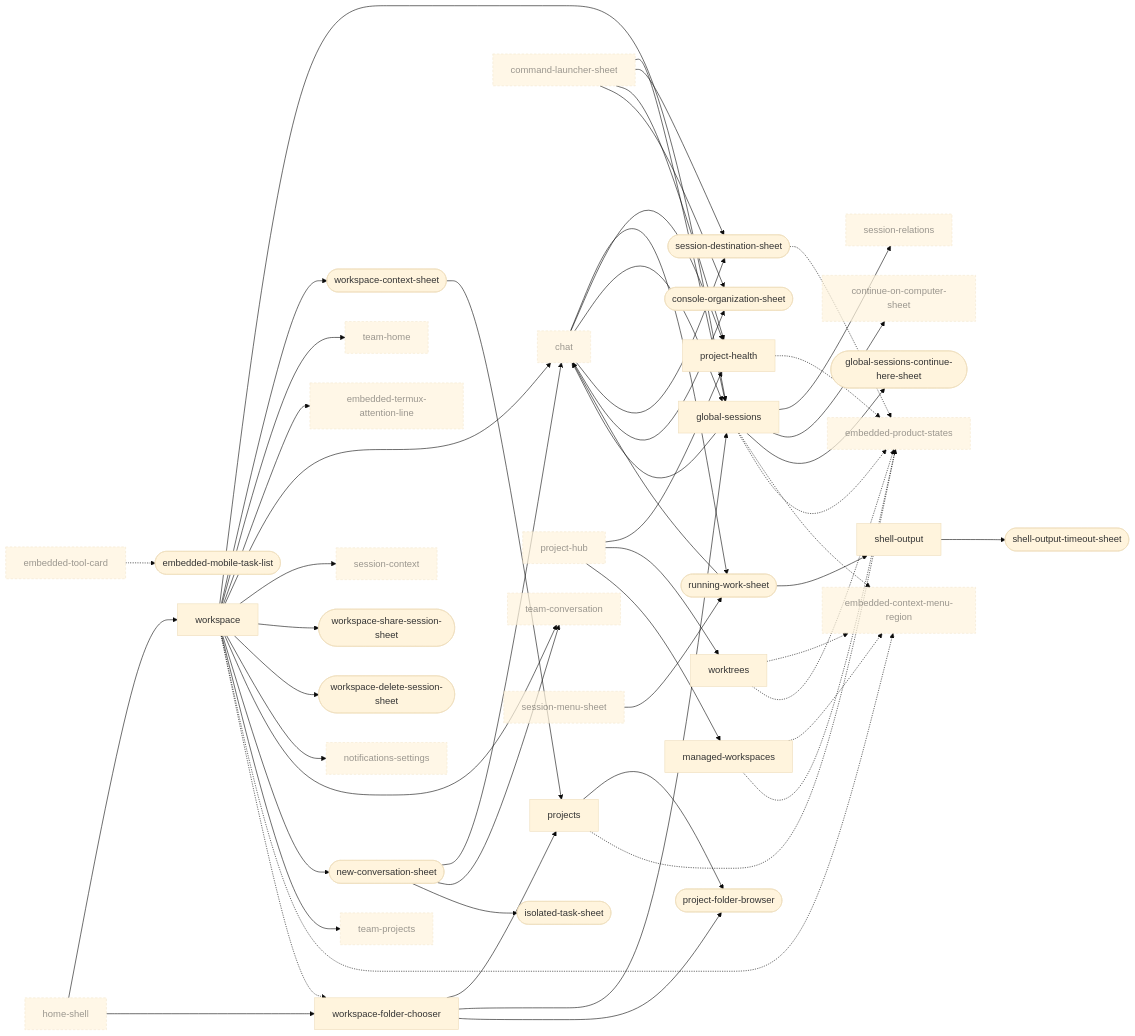
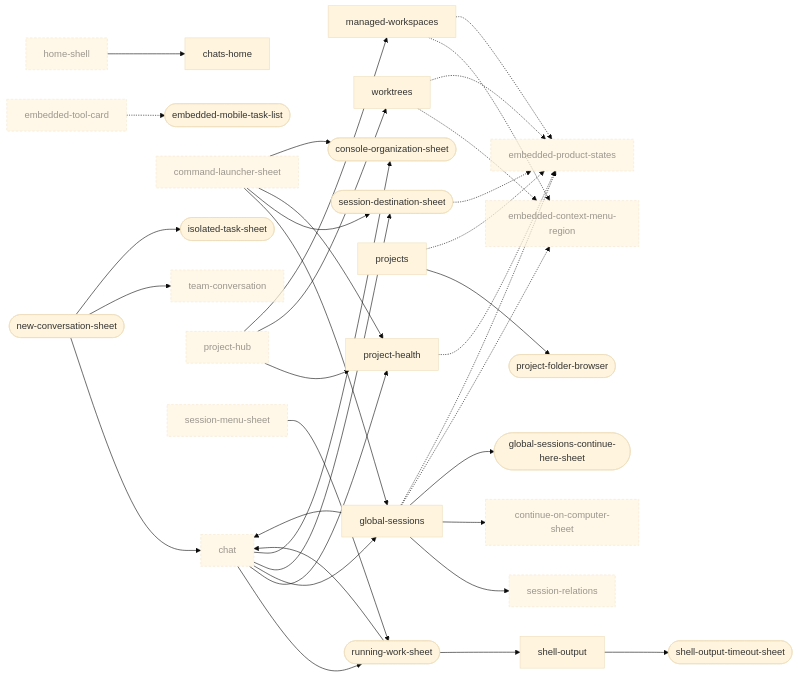
The third of 10 diagrams in docs/design/ui-ledger/navigation.md (Eslamasabry/opencode-mobile-next), drawn with Mermaid (base theme) before and after one commit. The commit also changed other lines of this file and 133 other files, not shown here.

First line of the commit message:
wip(chats-first-shell): Chats/Files/Settings tabs, Work screen removed, chat project chip, Inbox entry points to Chats [skip ci]

````diff
--- a/docs/design/ui-ledger/navigation.md
+++ b/docs/design/ui-ledger/navigation.md
@@ -471,13 +465,13 @@
 ```mermaid
 graph LR
   chat["chat"]:::ext
+  chats_home["chats-home"]
   command_launcher_sheet["command-launcher-sheet"]:::ext
   console_organization_sheet(["console-organization-sheet"])
   continue_on_computer_sheet["continue-on-computer-sheet"]:::ext
   embedded_context_menu_region["embedded-context-menu-region"]:::ext
   embedded_mobile_task_list(["embedded-mobile-task-list"])
   embedded_product_states["embedded-product-states"]:::ext
-  embedded_termux_attention_line["embedded-termux-attention-line"]:::ext
   embedded_tool_card["embedded-tool-card"]:::ext
   global_sessions["global-sessions"]
   global_sessions_continue_here_sheet(["global-sessions-continue-here-sheet"])
@@ -485,49 +479,25 @@
   isolated_task_sheet(["isolated-task-sheet"])
   managed_workspaces["managed-workspaces"]
   new_conversation_sheet(["new-conversation-sheet"])
-  notifications_settings["notifications-settings"]:::ext
   project_folder_browser(["project-folder-browser"])
   project_health["project-health"]
   project_hub["project-hub"]:::ext
   projects["projects"]
   running_work_sheet(["running-work-sheet"])
-  session_context["session-context"]:::ext
   session_destination_sheet(["session-destination-sheet"])
   session_menu_sheet["session-menu-sheet"]:::ext
   session_relations["session-relations"]:::ext
   shell_output["shell-output"]
   shell_output_timeout_sheet(["shell-output-timeout-sheet"])
   team_conversation["team-conversation"]:::ext
-  team_home["team-home"]:::ext
-  team_projects["team-projects"]:::ext
-  workspace["workspace"]
-  workspace_context_sheet(["workspace-context-sheet"])
-  workspace_delete_session_sheet(["workspace-delete-session-sheet"])
-  workspace_folder_chooser["workspace-folder-chooser"]
-  workspace_share_session_sheet(["workspace-share-session-sheet"])
   worktrees["worktrees"]
-  home_shell --> workspace
+  home_shell --> chats_home
   chat --> running_work_sheet
   command_launcher_sheet --> global_sessions
   command_launcher_sheet --> session_destination_sheet
   command_launcher_sheet --> project_health
   command_launcher_sheet --> console_organization_sheet
   session_menu_sheet --> running_work_sheet
-  workspace --> global_sessions
-  workspace --> workspace_context_sheet
-  workspace --> team_home
-  workspace --> embedded_termux_attention_line
-  workspace --> chat
-  workspace --> session_context
-  workspace --> workspace_share_session_sheet
-  workspace --> workspace_delete_session_sheet
-  workspace --> notifications_settings
-  workspace --> team_conversation
-  workspace --> new_conversation_sheet
-  workspace --> team_projects
-  workspace_folder_chooser --> projects
-  workspace_folder_chooser --> global_sessions
-  workspace_context_sheet --> projects
   global_sessions --> chat
   global_sessions --> session_relations
   global_sessions --> continue_on_computer_sheet
@@ -541,12 +511,9 @@
   project_hub --> project_health
   project_hub --> worktrees
   project_hub --> managed_workspaces
-  home_shell --> workspace_folder_chooser
-  workspace_folder_chooser --> project_folder_browser
   projects --> project_folder_browser
   global_sessions -.-> embedded_context_menu_region
   managed_workspaces -.-> embedded_context_menu_region
-  workspace -.-> embedded_context_menu_region
   worktrees -.-> embedded_context_menu_region
   global_sessions -.-> embedded_product_states
   managed_workspaces -.-> embedded_product_states
@@ -554,7 +521,6 @@
   projects -.-> embedded_product_states
   session_destination_sheet -.-> embedded_product_states
   worktrees -.-> embedded_product_states
-  workspace -.-> workspace_folder_chooser
   chat --> project_health
   chat --> global_sessions
   chat --> session_destination_sheet
````
